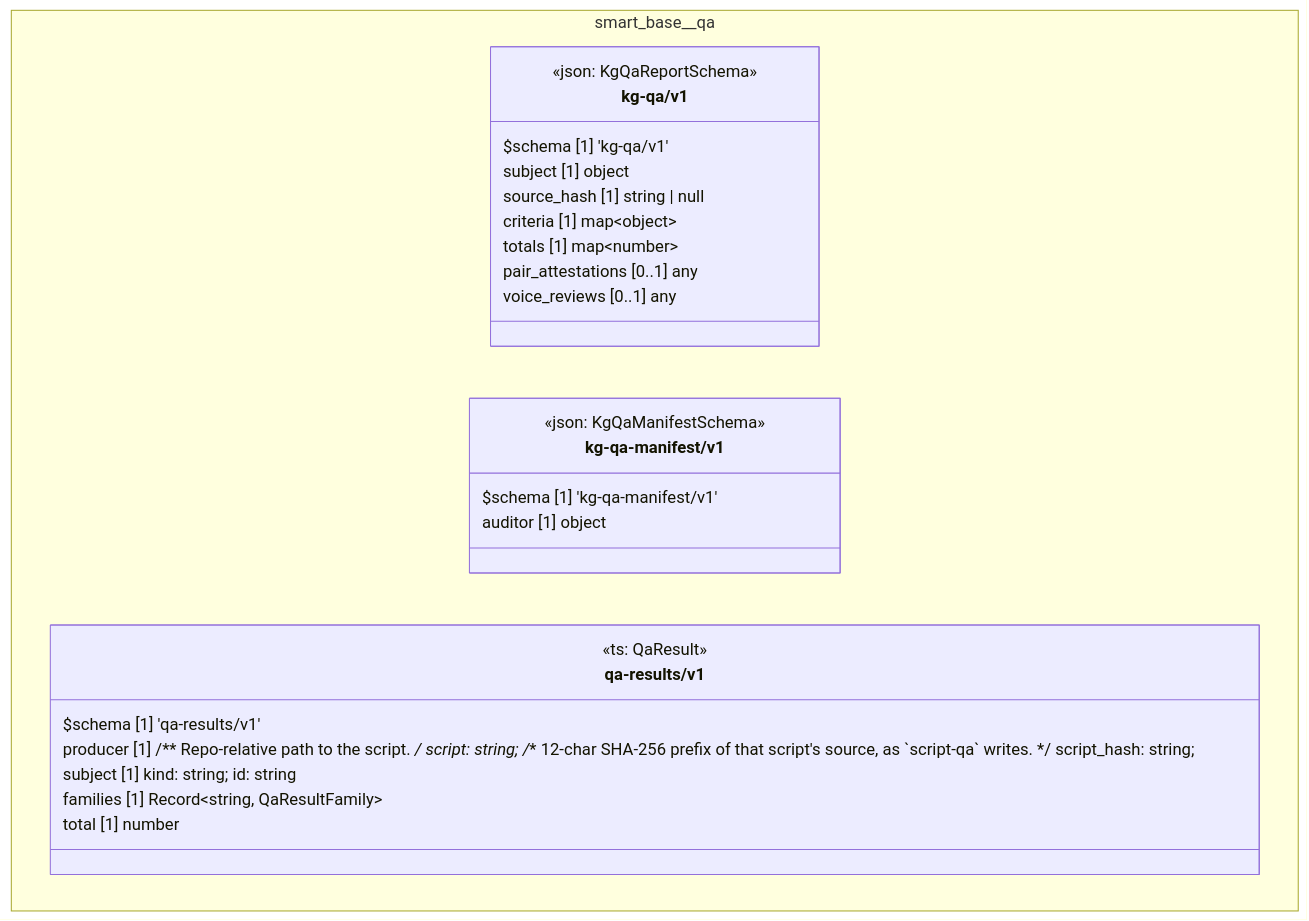
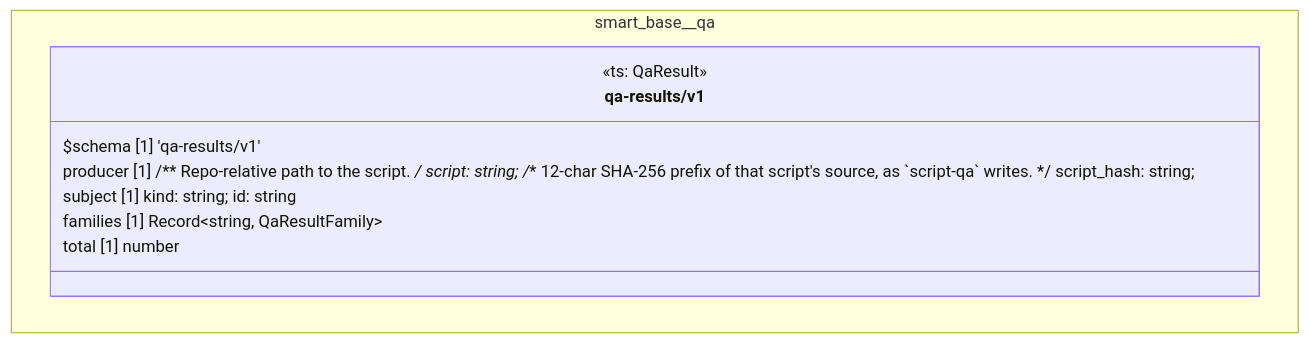
The diagram in docs/uml/overview/smart-base/qa.md (litlfred/cat-harness), drawn with Mermaid before and after one commit. The commit also changed other lines of this file and 406 other files, not shown here.

````diff
--- a/docs/uml/overview/smart-base/qa.md
+++ b/docs/uml/overview/smart-base/qa.md
@@ -42,32 +42,15 @@
 ```mermaid
 classDiagram
   direction TB
   namespace smart_base__qa {
-    class smart_base_qa_kg_qa_v1_kg_qa_v1["kg-qa/v1"] {
-      <<json: KgQaReportSchema>>
-      $schema [1] 'kg-qa/v1'
-      subject [1] object
-      source_hash [1] string | null
-      criteria [1] map~object~
-      totals [1] map~number~
-      pair_attestations [0..1] any
-      voice_reviews [0..1] any
-    }
-    class smart_base_qa_kg_qa_manifest_v1_kg_qa_manifest_v1["kg-qa-manifest/v1"] {
-      <<json: KgQaManifestSchema>>
-      $schema [1] 'kg-qa-manifest/v1'
-      auditor [1] object
-    }
     class smart_base_qa_qa_results_v1["qa-results/v1"] {
       <<ts: QaResult>>
       $schema [1] 'qa-results/v1'
       producer [1]  /** Repo-relative path to the script. */ script: string; /** 12-char SHA-256 prefix of that script's source, as `script-qa` writes. */ script_hash: string; 
       subject [1]  kind: string; id: string 
       families [1] Record~string, QaResultFamily~
       total [1] number
     }
   }
-  cssClass "smart_base_qa_kg_qa_v1_kg_qa_v1" fa_uml_kind_qa
-  cssClass "smart_base_qa_kg_qa_manifest_v1_kg_qa_manifest_v1" fa_uml_kind_qa
   cssClass "smart_base_qa_qa_results_v1" fa_uml_kind_qa
 ```
````
